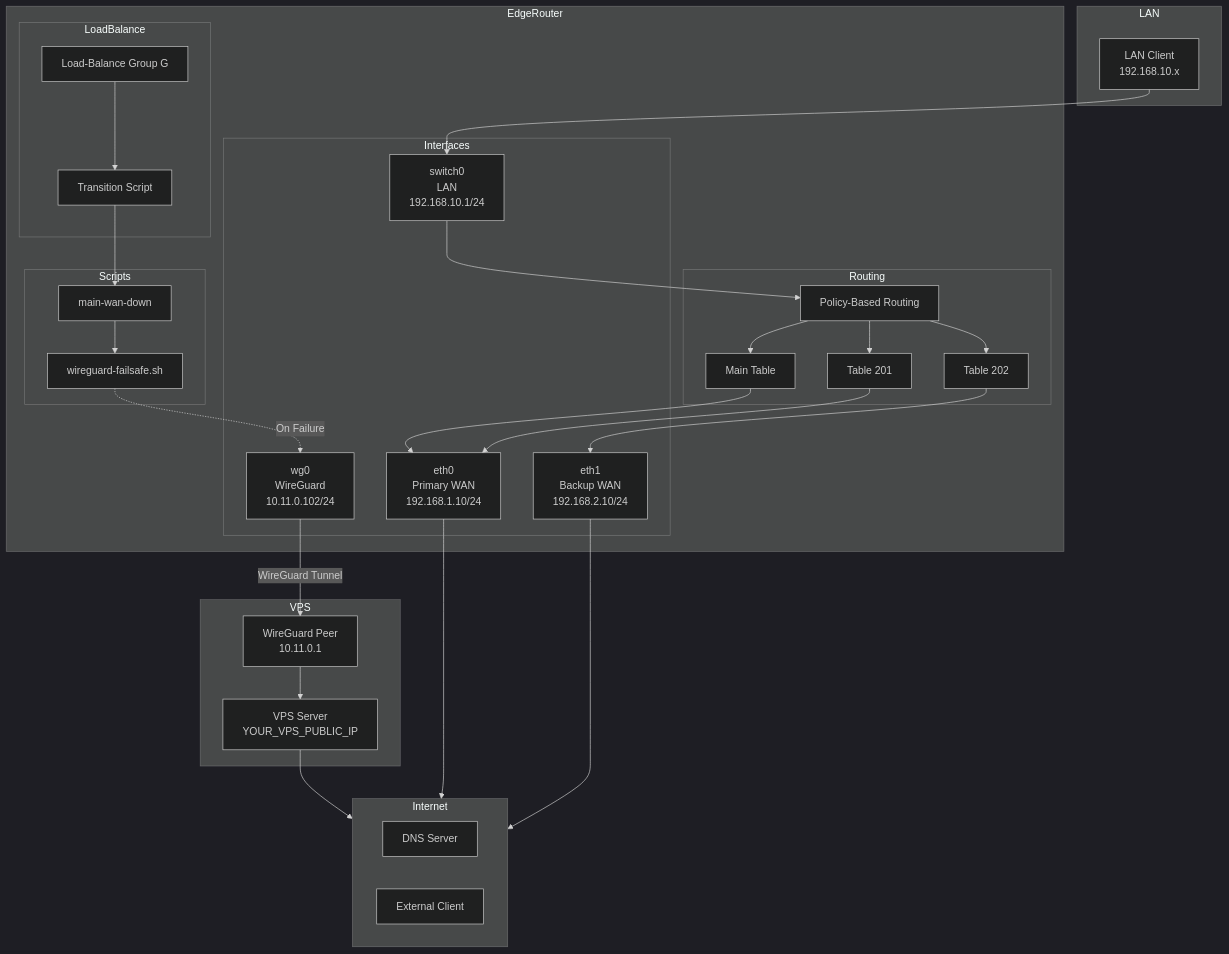
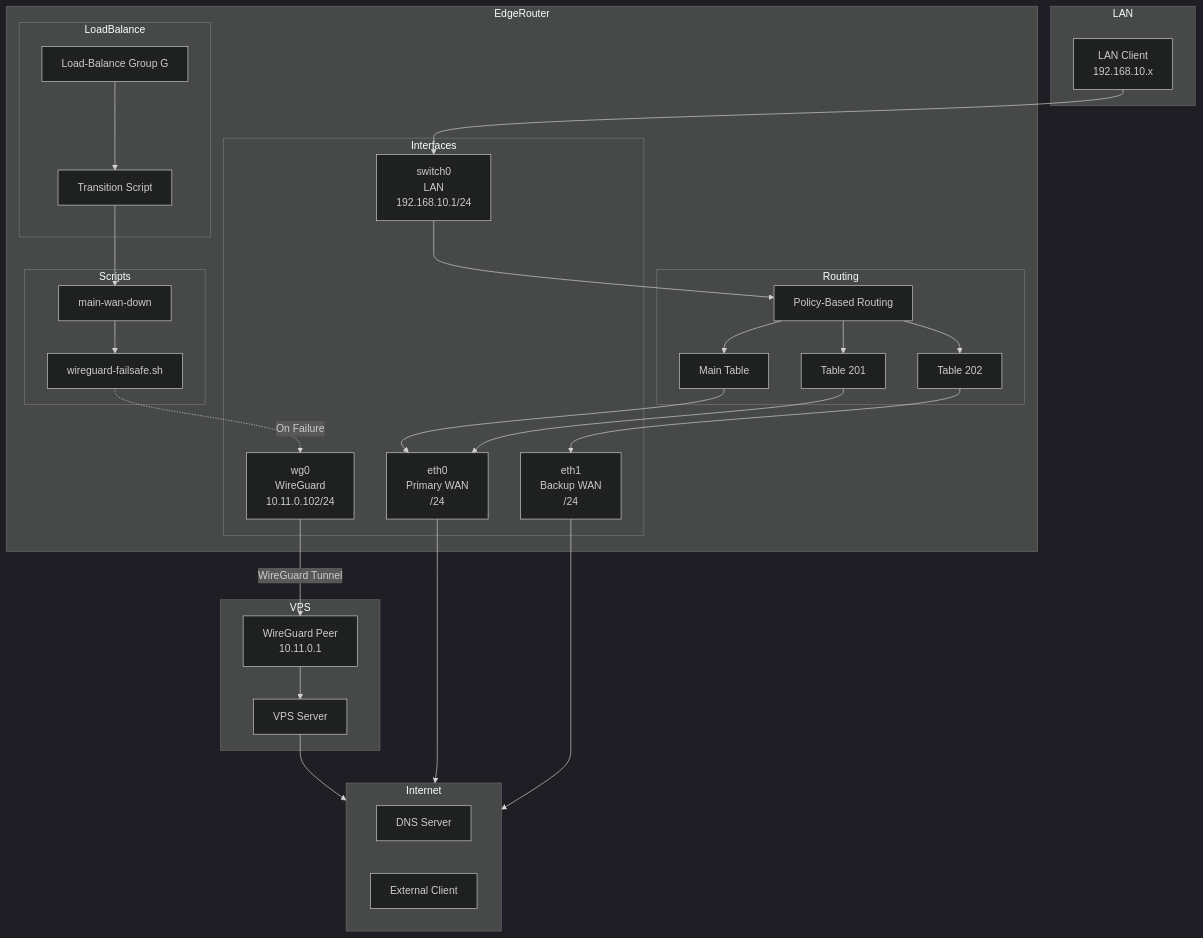
Before and after one commit to schlivo/edgerouter-x-wiregard-failsafe: the diagram in docs/07-architecture.md, drawn with Mermaid (dark theme). The commit also changed other lines of this file and 4 other files, not shown here.

Commit message:
Refactor documentation and scripts to use placeholder variables for IP addresses, enhancing clarity for users. Updated references to VPS public IP and gateway addresses across multiple files to indicate they should be replaced with actual values.

````diff
--- a/docs/07-architecture.md
+++ b/docs/07-architecture.md
@@ -21,64 +21,64 @@
 ```mermaid
 graph TB
     subgraph Internet
         DNS[DNS Server]
         ExtClient[External Client]
     end
     
     subgraph VPS
-        VPS_Server[VPS Server<br/>YOUR_VPS_PUBLIC_IP]
+        VPS_Server[VPS Server<br/><VPS_PUBLIC_IP>]
         WG_Peer[WireGuard Peer<br/>10.11.0.1]
     end
     
     subgraph EdgeRouter
         subgraph Interfaces
-            eth0[eth0<br/>Primary WAN<br/>192.168.1.10/24]
-            eth1[eth1<br/>Backup WAN<br/>192.168.2.10/24]
+            eth0[eth0<br/>Primary WAN<br/><PRIMARY_WAN_IP>/24]
+            eth1[eth1<br/>Backup WAN<br/><BACKUP_WAN_IP>/24]
             wg0[wg0<br/>WireGuard<br/>10.11.0.102/24]
             switch0[switch0<br/>LAN<br/>192.168.10.1/24]
         end
         
         subgraph LoadBalance
             LB_Group[Load-Balance Group G]
             Transition[Transition Script]
         end
         
         subgraph Scripts
             MainWanDown[main-wan-down]
             Failsafe[wireguard-failsafe.sh]
         end
         
         subgraph Routing
             MainTable[Main Table]
             Table201[Table 201]
             Table202[Table 202]
             PBR[Policy-Based Routing]
         end
     end
     
     subgraph LAN
         LANClient[LAN Client<br/>192.168.10.x]
     end
     
     LANClient --> switch0
     switch0 --> PBR
     PBR --> MainTable
     PBR --> Table201
     PBR --> Table202
     
     MainTable --> eth0
     Table201 --> eth0
     Table202 --> eth1
     
     LB_Group --> Transition
     Transition --> MainWanDown
     MainWanDown --> Failsafe
     
     Failsafe -.->|"On Failure"| wg0
     wg0 -->|"WireGuard Tunnel"| WG_Peer
     WG_Peer --> VPS_Server
     VPS_Server --> Internet
     
     eth0 --> Internet
     eth1 --> Internet
 ```
````
